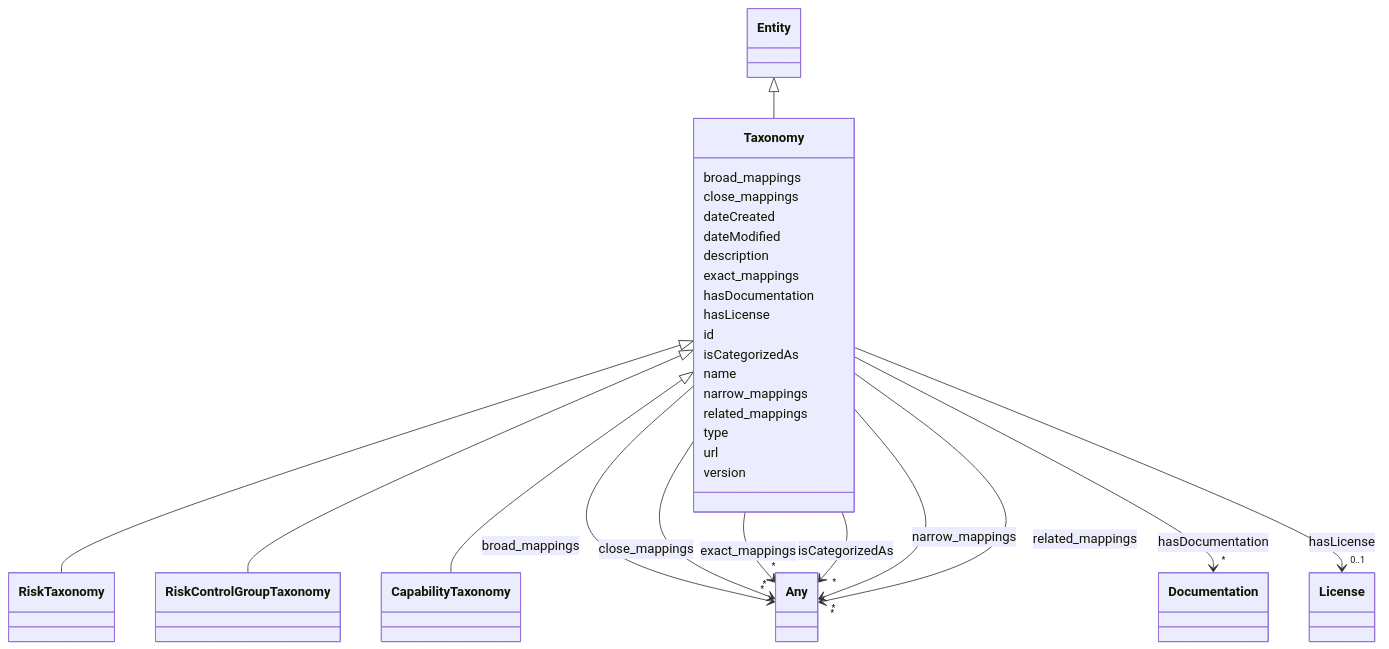
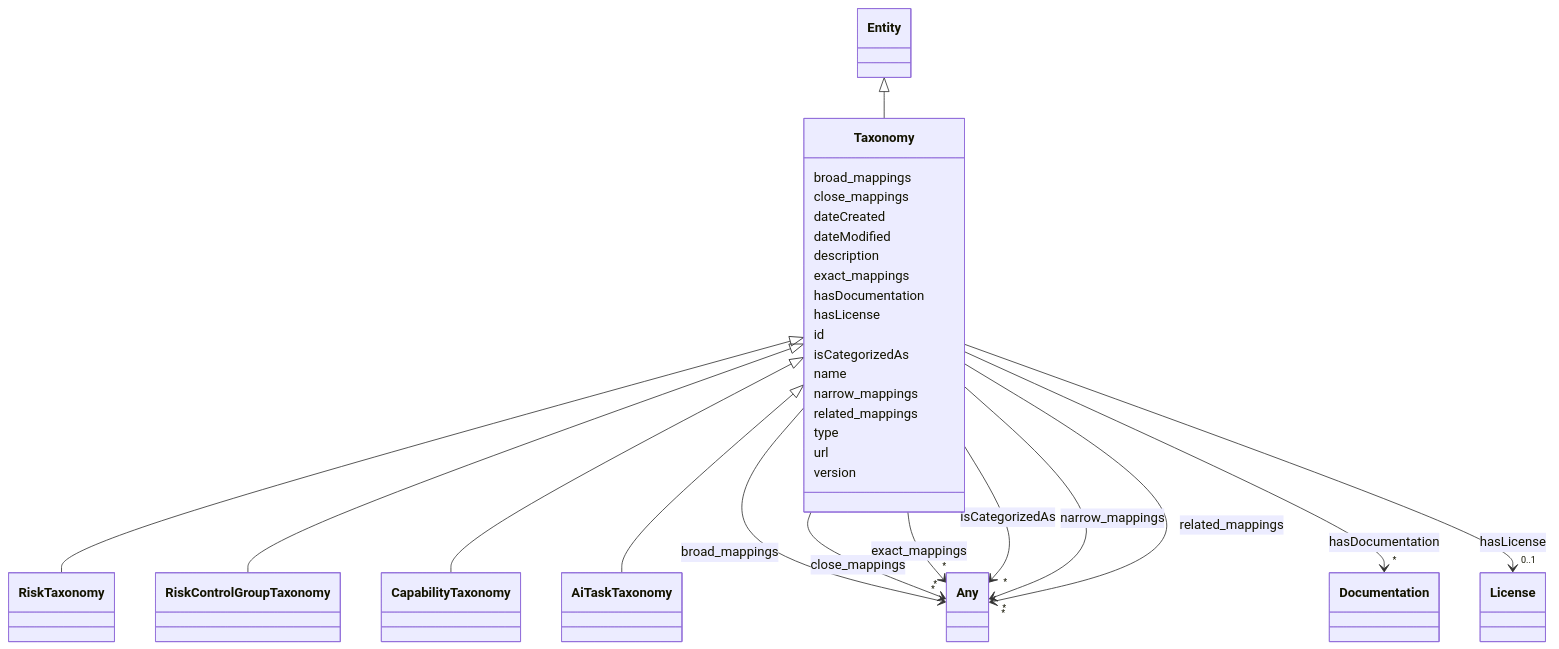
One commit to ingelise/risk-atlas-nexus changed the diagram in docs/ontology/Taxonomy.md. Above: the diagram before and after it, drawn with Mermaid. The commit also changed other lines of this file and 340 other files, not shown here.

```diff
--- a/docs/ontology/Taxonomy.md
+++ b/docs/ontology/Taxonomy.md
@@ -20,6 +27,8 @@
         click RiskControlGroupTaxonomy href "../RiskControlGroupTaxonomy/"
       Taxonomy <|-- CapabilityTaxonomy
         click CapabilityTaxonomy href "../CapabilityTaxonomy/"
+      Taxonomy <|-- AiTaskTaxonomy
+        click AiTaskTaxonomy href "../AiTaskTaxonomy/"
 
 
       Taxonomy : broad_mappings
```
